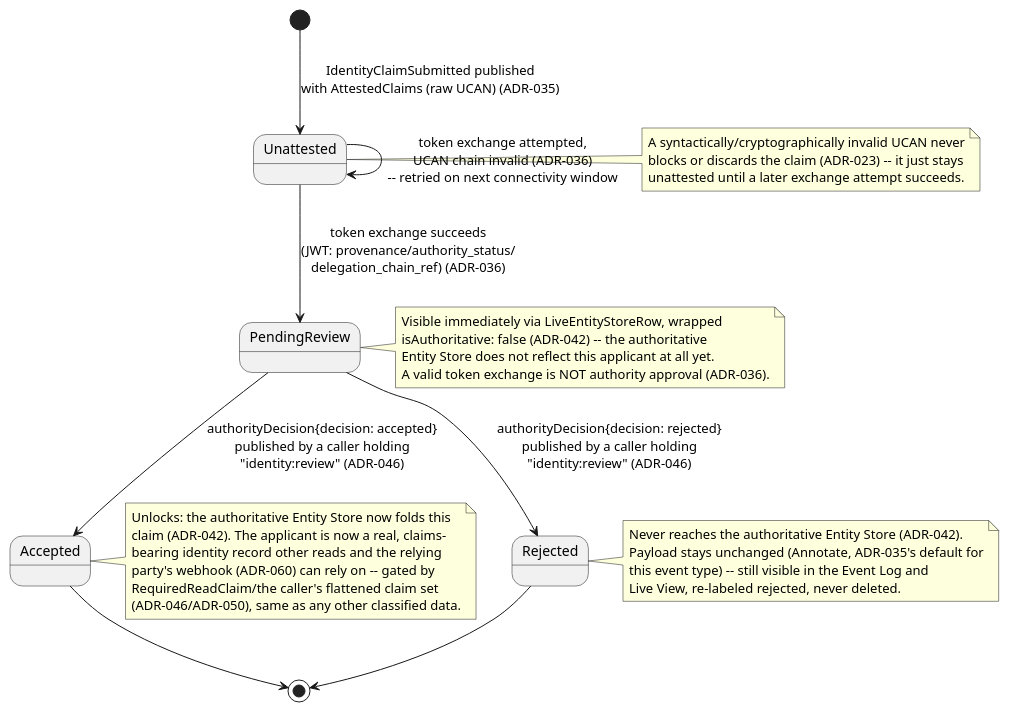
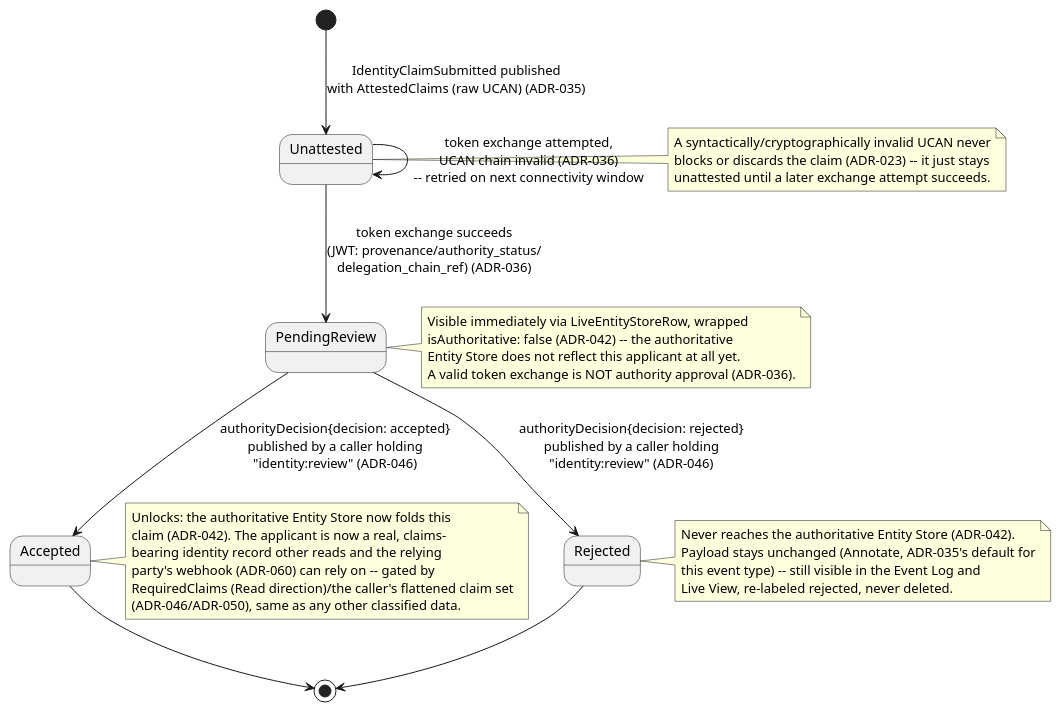
Before and after one commit to Mwwhited-BookLearning/EventSourcing: the fourth of 5 diagrams in docs/domains/digital-identity-kyc/features/customer-onboarding-and-identity-verification.md, drawn with PlantUML. The commit also changed other lines of this file and 39 other files, not shown here.

````diff
--- a/docs/domains/digital-identity-kyc/features/customer-onboarding-and-identity-verification.md
+++ b/docs/domains/digital-identity-kyc/features/customer-onboarding-and-identity-verification.md
@@ -298,40 +298,40 @@
 ```plantuml
 @startuml Onboarding_AuthorityStatus_State
 [*] --> Unattested : IdentityClaimSubmitted published\nwith AttestedClaims (raw UCAN) (ADR-035)
 Unattested --> Unattested : token exchange attempted,\nUCAN chain invalid (ADR-036)\n-- retried on next connectivity window
 Unattested --> PendingReview : token exchange succeeds\n(JWT: provenance/authority_status/\ndelegation_chain_ref) (ADR-036)
 PendingReview --> Accepted : authorityDecision{decision: accepted}\npublished by a caller holding\n"identity:review" (ADR-046)
 PendingReview --> Rejected : authorityDecision{decision: rejected}\npublished by a caller holding\n"identity:review" (ADR-046)
 Accepted --> [*]
 Rejected --> [*]
 
 note right of Unattested
   A syntactically/cryptographically invalid UCAN never
   blocks or discards the claim (ADR-023) -- it just stays
   unattested until a later exchange attempt succeeds.
 end note
 
 note right of PendingReview
   Visible immediately via LiveEntityStoreRow, wrapped
   isAuthoritative: false (ADR-042) -- the authoritative
   Entity Store does not reflect this applicant at all yet.
   A valid token exchange is NOT authority approval (ADR-036).
 end note
 
 note right of Accepted
   Unlocks: the authoritative Entity Store now folds this
   claim (ADR-042). The applicant is now a real, claims-
   bearing identity record other reads and the relying
   party's webhook (ADR-060) can rely on -- gated by
-  RequiredReadClaim/the caller's flattened claim set
+  RequiredClaims (Read direction)/the caller's flattened claim set
   (ADR-046/ADR-050), same as any other classified data.
 end note
 
 note right of Rejected
   Never reaches the authoritative Entity Store (ADR-042).
   Payload stays unchanged (Annotate, ADR-035's default for
   this event type) -- still visible in the Event Log and
   Live View, re-labeled rejected, never deleted.
 end note
 @enduml
 ```
````
